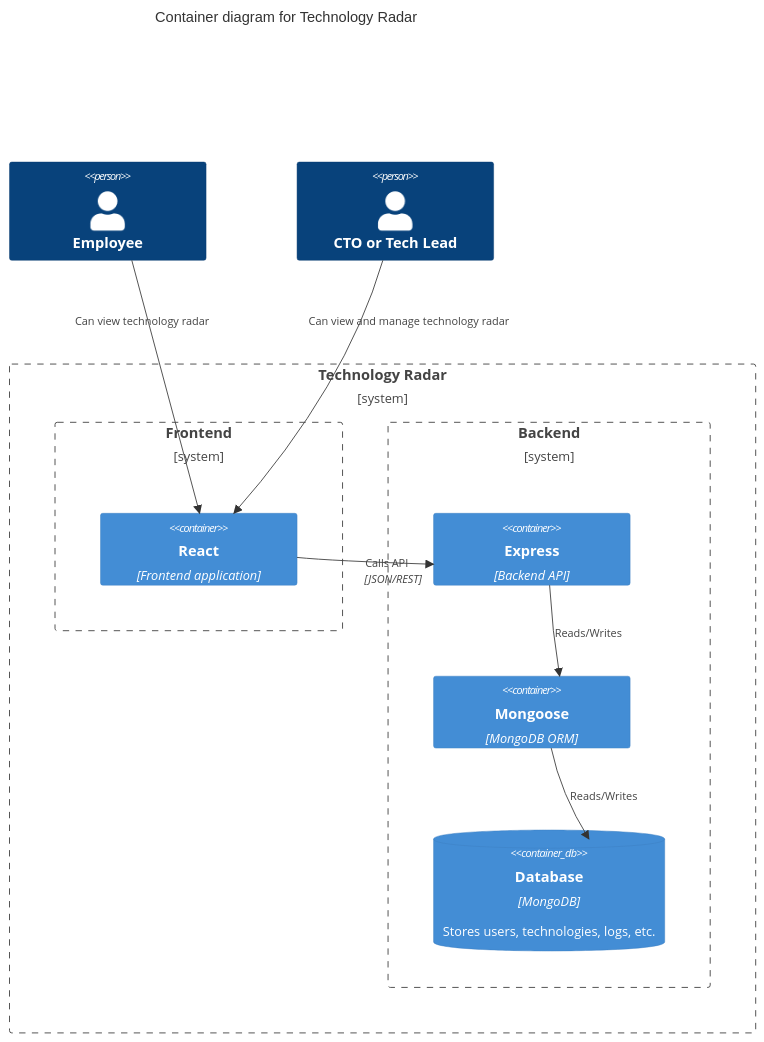
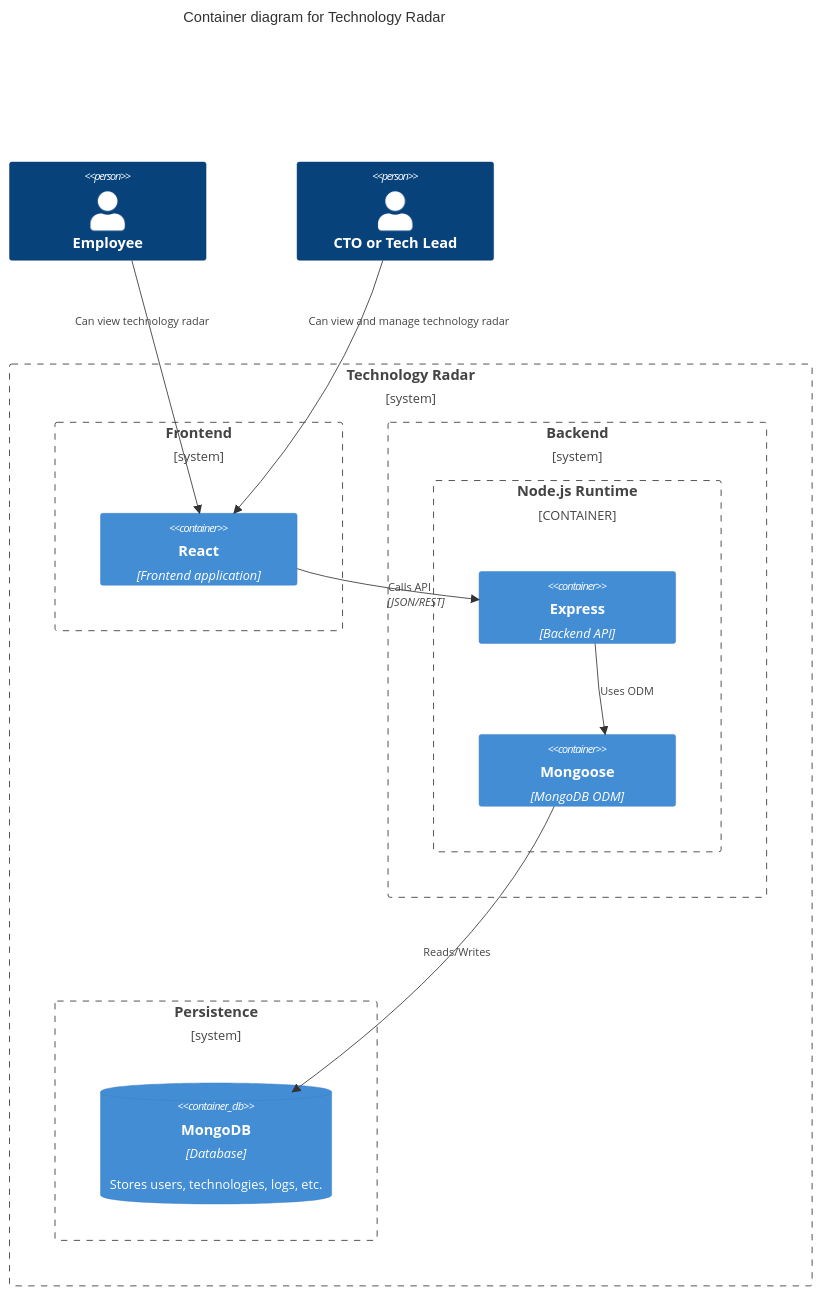
The second of 6 diagrams in docs/architecture.md (ruttingerhslu/weblab), drawn with Mermaid before and after one commit. The commit also changed other lines of this file and 1 other file, not shown here.

Commit message:
docs: add building block views and runtime views with three scenarios

````diff
--- a/docs/architecture.md
+++ b/docs/architecture.md
@@ -68,29 +68,32 @@
 ```mermaid
 C4Container
 title Container diagram for Technology Radar
 
 Person(employeeA, "Employee")
 Person(adminA, "CTO or Tech Lead")
 
 Boundary(c1, "Technology Radar") {
     Boundary(c2, "Frontend") {
         Container(c_react, "React", "Frontend application")
     }
     Boundary(c3, "Backend") {
-        Container(c_express, "Express", "Backend API")
-        Container(c_mongoose, "Mongoose", "MongoDB ORM")
-        ContainerDb(database, "Database", "MongoDB", "Stores users, technologies, logs, etc.")
+        Container_Boundary(c_node, "Node.js Runtime") {
+            Container(c_express, "Express", "Backend API")
+            Container(c_mongoose, "Mongoose", "MongoDB ODM")
+        }
+    }
+    Boundary(c_db, "Persistence") {
+        ContainerDb(database, "MongoDB", "Database", "Stores users, technologies, logs, etc.")
     }
 }
 
 Rel(employeeA, c_react, "Can view technology radar")
 Rel(adminA, c_react, "Can view and manage technology radar")
 
 Rel(c_react, c_express, "Calls API", "JSON/REST")
-
-Rel(c_express, c_mongoose, "Reads/Writes")
+Rel(c_express, c_mongoose, "Uses ODM")
 Rel(c_mongoose, database, "Reads/Writes")
 
 UpdateRelStyle(employeeA, c_react, $offsetX="-100", $offsetY="-75")
 UpdateRelStyle(adminA, c_react, $offsetX="0", $offsetY="-75")
 ```
````
